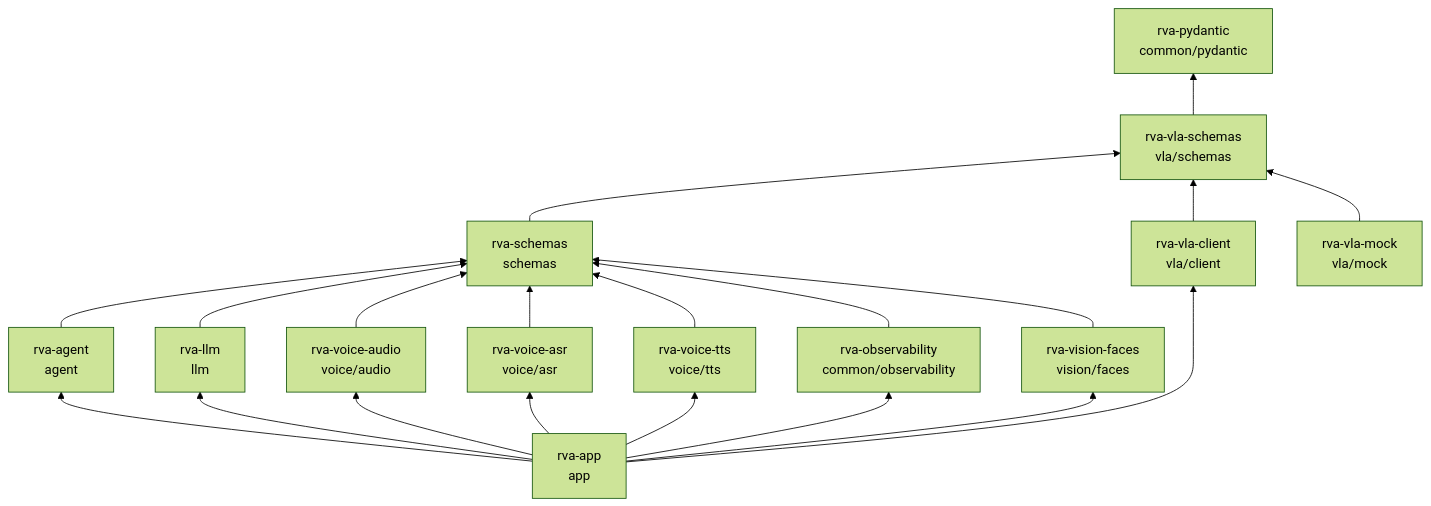
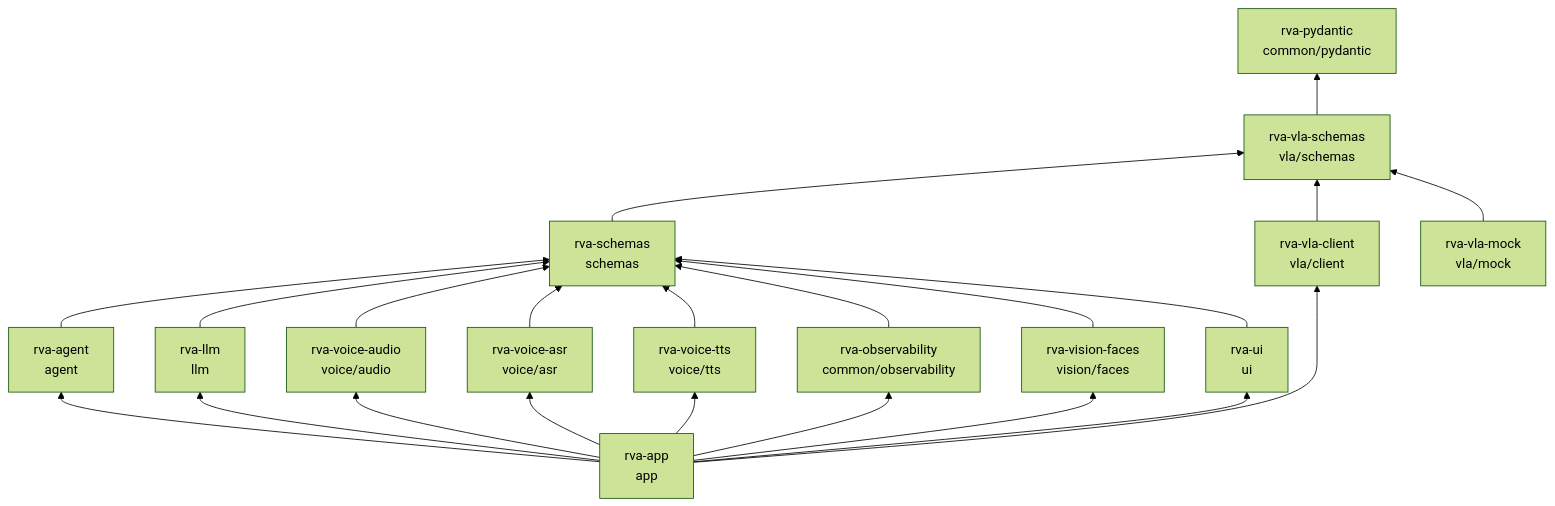
Before and after one commit to lokiledev/robot-voice-agent: the third of 3 diagrams in docs/ARCHITECTURE.md, drawn with Mermaid (forest theme). The commit also changed other lines of this file and 35 other files, not shown here.

````diff
--- a/docs/ARCHITECTURE.md
+++ b/docs/ARCHITECTURE.md
@@ -179,28 +189,30 @@
 ```mermaid
 flowchart BT
     PYD["rva-pydantic<br/>common/pydantic"]
     VLAS["rva-vla-schemas<br/>vla/schemas"]
     SCH["rva-schemas<br/>schemas"]
     VLAC["rva-vla-client<br/>vla/client"]
     MOCK["rva-vla-mock<br/>vla/mock"]
     AGENT["rva-agent<br/>agent"]
     LLM["rva-llm<br/>llm"]
     AUD["rva-voice-audio<br/>voice/audio"]
     ASR["rva-voice-asr<br/>voice/asr"]
     TTS["rva-voice-tts<br/>voice/tts"]
     OBS["rva-observability<br/>common/observability"]
     VIS["rva-vision-faces<br/>vision/faces"]
+    UI["rva-ui<br/>ui"]
     APP["rva-app<br/>app"]
     VLAS --> PYD
     SCH --> VLAS
     VLAC --> VLAS
     MOCK --> VLAS
     AGENT --> SCH
     LLM --> SCH
     AUD --> SCH
     ASR --> SCH
     TTS --> SCH
     OBS --> SCH
     VIS --> SCH
-    APP --> AGENT & LLM & AUD & ASR & TTS & OBS & VLAC & VIS
+    UI --> SCH
+    APP --> AGENT & LLM & AUD & ASR & TTS & OBS & VLAC & VIS & UI
 ```
````
